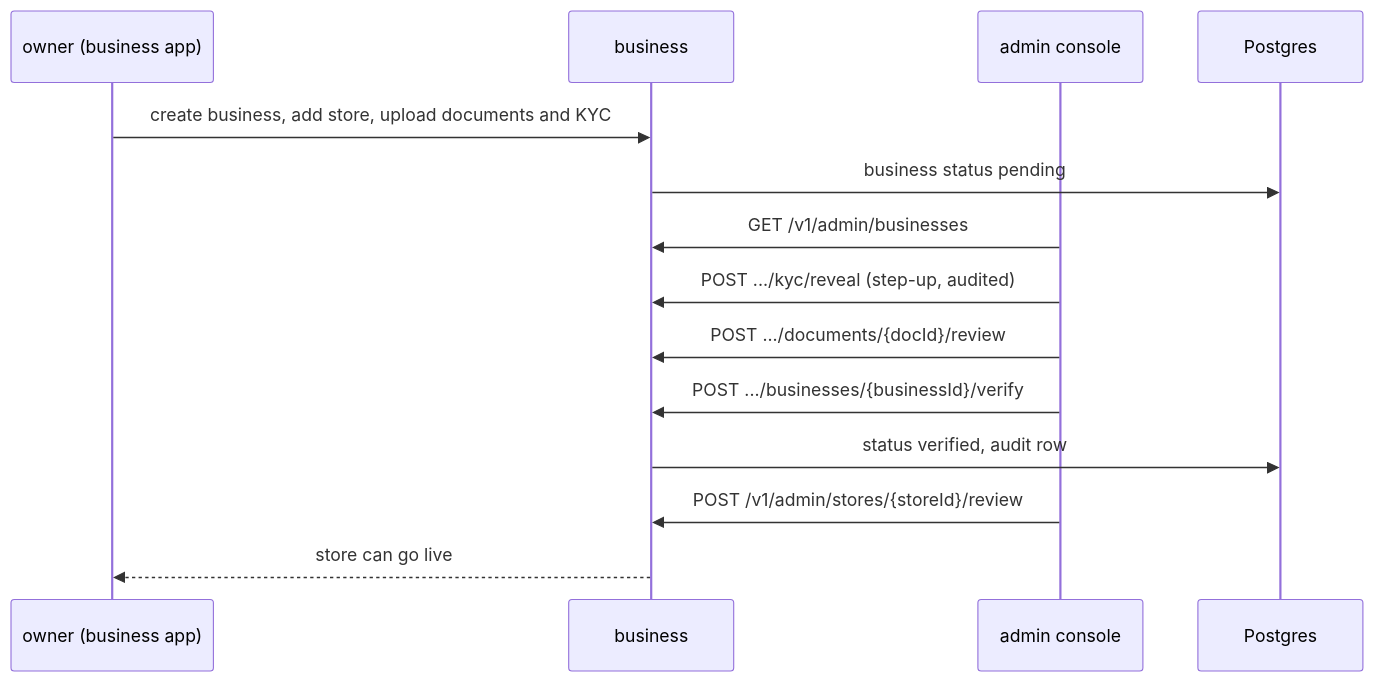
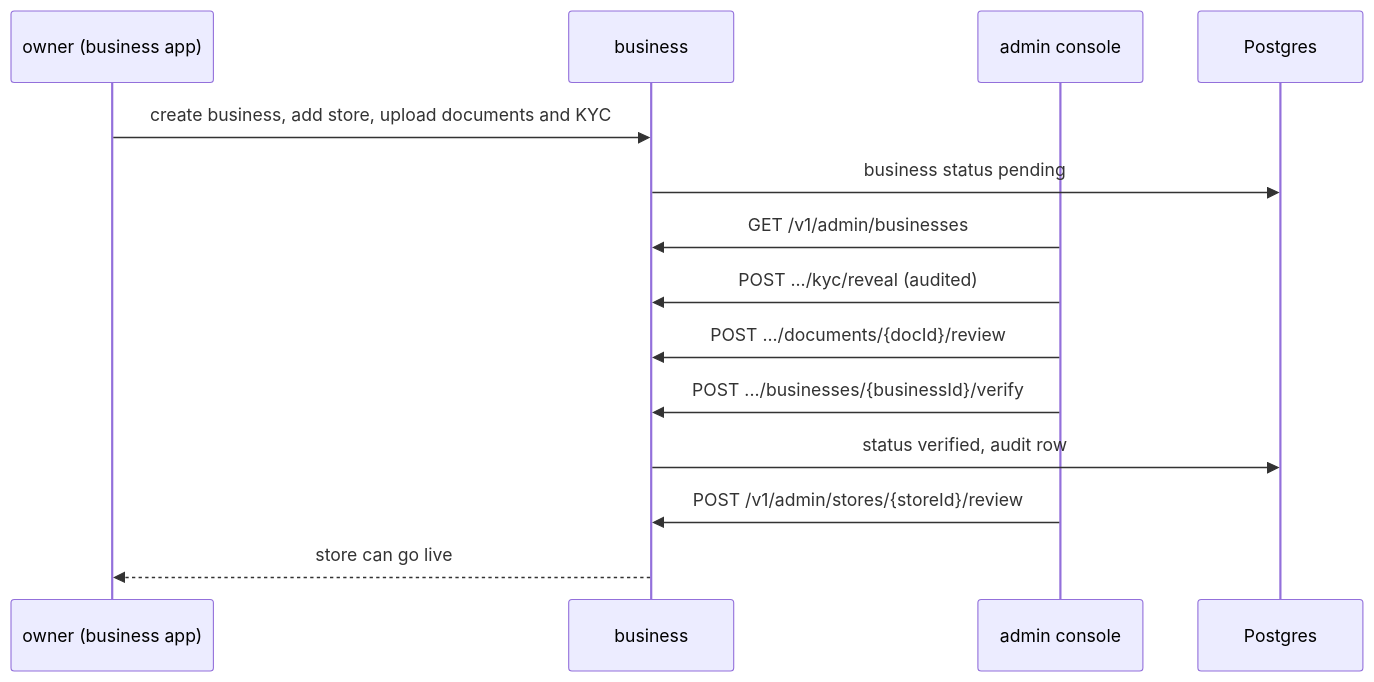
Diagram 12 of 13 in docs/guide/flows.md (todayzmart/todayz), drawn with Mermaid before and after one commit. The commit also changed other lines of this file and 161 other files, not shown here.

````diff
--- a/docs/guide/flows.md
+++ b/docs/guide/flows.md
@@ -312,16 +314,16 @@
 ```mermaid
 sequenceDiagram
   participant O as owner (business app)
   participant B as business
   participant A as admin console
   participant DB as Postgres
   O->>B: create business, add store, upload documents and KYC
   B->>DB: business status pending
   A->>B: GET /v1/admin/businesses
-  A->>B: POST .../kyc/reveal (step-up, audited)
+  A->>B: POST .../kyc/reveal (audited)
   A->>B: POST .../documents/{docId}/review
   A->>B: POST .../businesses/{businessId}/verify
   B->>DB: status verified, audit row
   A->>B: POST /v1/admin/stores/{storeId}/review
   B-->>O: store can go live
 ```
````
